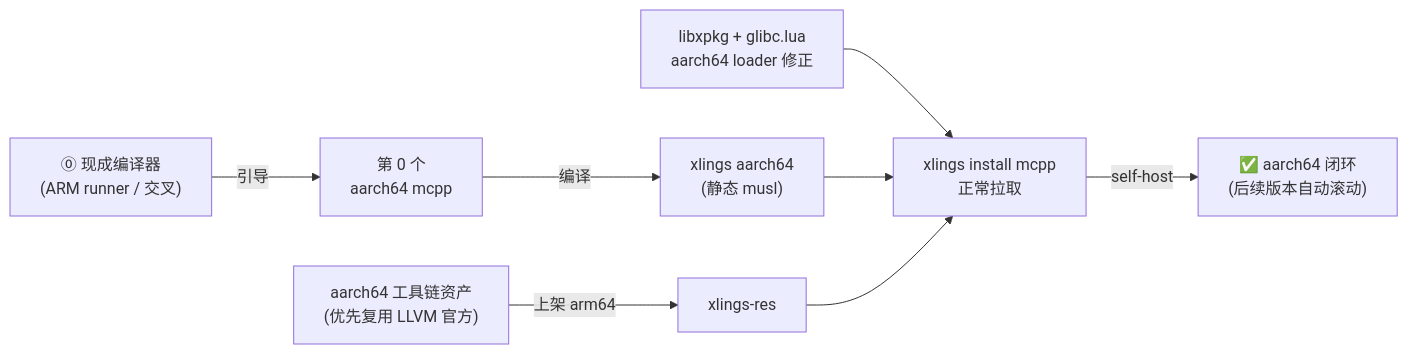
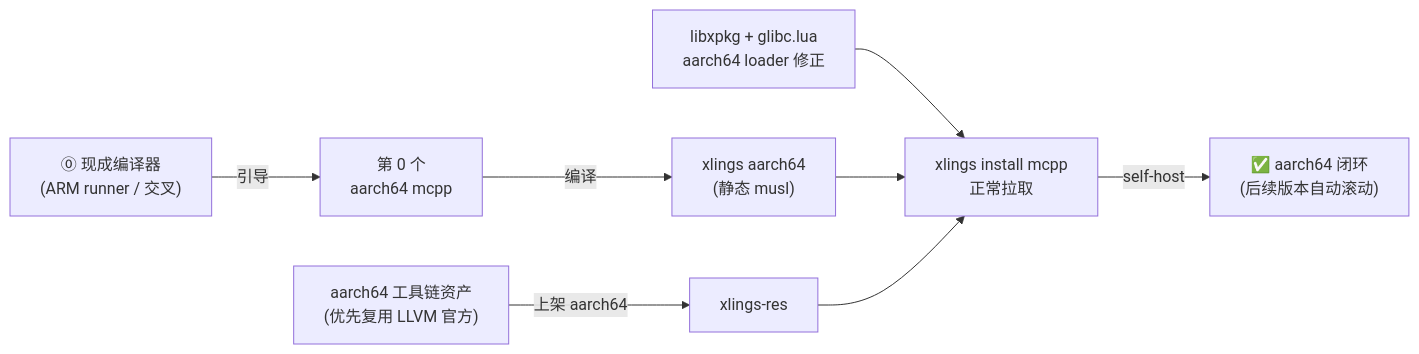
Before and after one commit to mcpp-community/mcpp: the second of 3 diagrams in .agents/docs/todos/2026-06-22-aarch64-linux-ecosystem-support-analysis.md, drawn with Mermaid. The commit also changed other lines of this file and 4 other files, not shown here.

````diff
--- a/.agents/docs/todos/2026-06-22-aarch64-linux-ecosystem-support-analysis.md
+++ b/.agents/docs/todos/2026-06-22-aarch64-linux-ecosystem-support-analysis.md
@@ -119,10 +132,10 @@
 ```mermaid
 flowchart LR
     A["⓪ 现成编译器<br/>(ARM runner / 交叉)"] -->|引导| B["第 0 个<br/>aarch64 mcpp"]
     B -->|编译| C["xlings aarch64<br/>(静态 musl)"]
-    D["aarch64 工具链资产<br/>(优先复用 LLVM 官方)"] -->|上架 arm64| E["xlings-res"]
+    D["aarch64 工具链资产<br/>(优先复用 LLVM 官方)"] -->|上架 aarch64| E["xlings-res"]
     F["libxpkg + glibc.lua<br/>aarch64 loader 修正"] --> G
     C --> G["xlings install mcpp<br/>正常拉取"]
     E --> G
     G -->|self-host| H["✅ aarch64 闭环<br/>(后续版本自动滚动)"]
 ```
````
